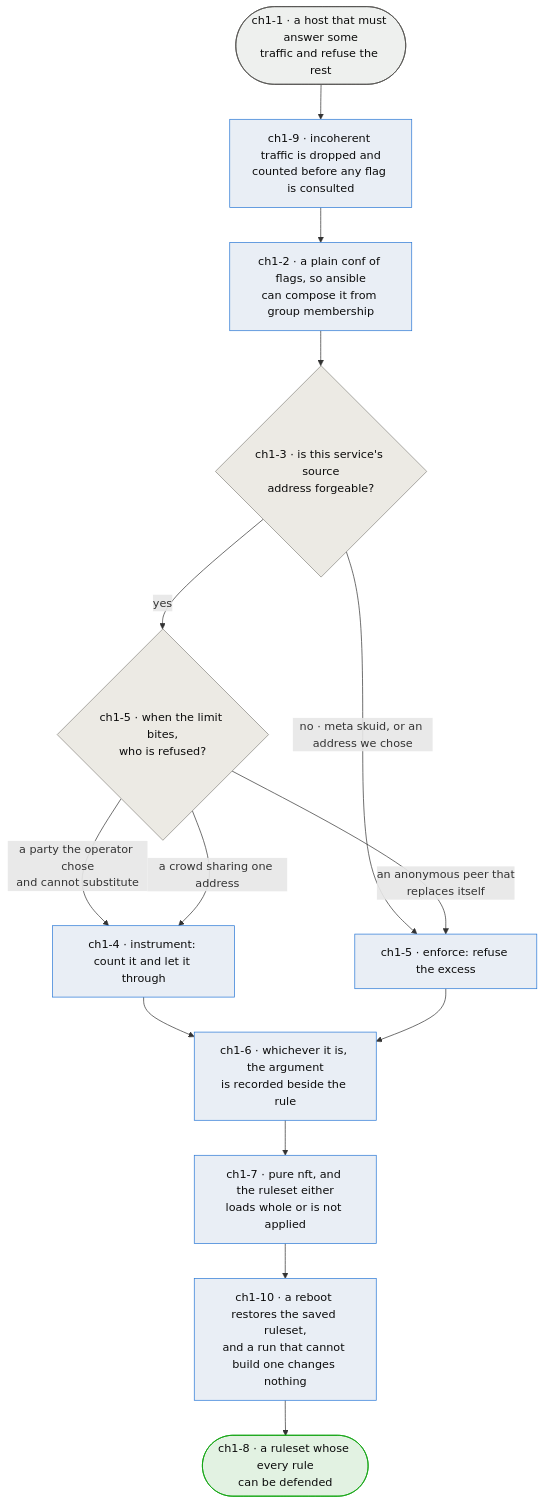
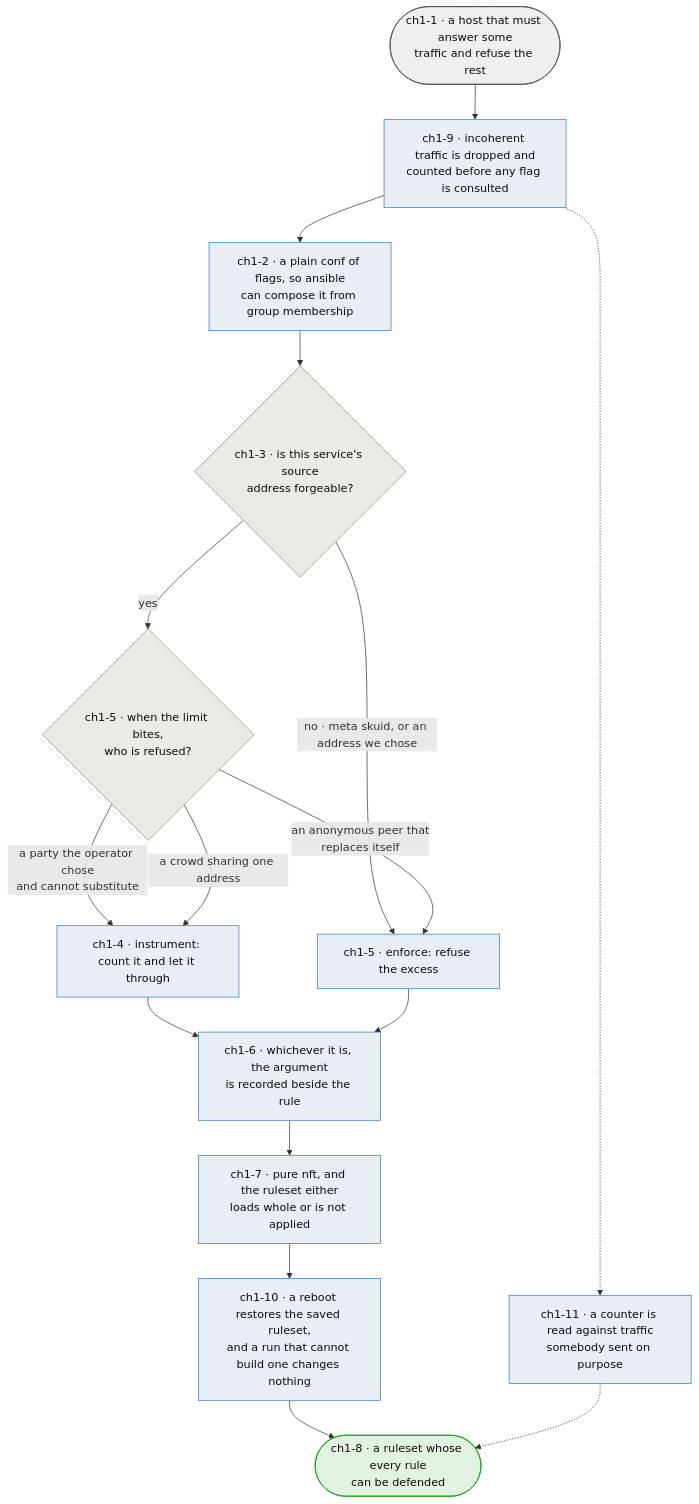
Before and after one commit to flattop5377/afirewall: the diagram in spec/diagrams/chapter-01-rules.md, drawn with Mermaid. The commit also changed other lines of this file and 4 other files, not shown here.

````diff
--- a/spec/diagrams/chapter-01-rules.md
+++ b/spec/diagrams/chapter-01-rules.md
@@ -52,33 +52,36 @@
 ```mermaid
 flowchart TD
     NEED([ch1-1 · a host that must answer some<br/>traffic and refuse the rest]):::input
     SANE[ch1-9 · incoherent traffic is dropped and<br/>counted before any flag is consulted]:::process
     CONF[ch1-2 · a plain conf of flags, so ansible<br/>can compose it from group membership]:::process
     SPOOFQ{ch1-3 · is this service's source<br/>address forgeable?}:::decision
     WHOQ{ch1-5 · when the limit bites,<br/>who is refused?}:::decision
     INSTR[ch1-4 · instrument: count it and let it through]:::process
     ENF[ch1-5 · enforce: refuse the excess]:::process
     WRITE[ch1-6 · whichever it is, the argument<br/>is recorded beside the rule]:::process
     NFT[ch1-7 · pure nft, and the ruleset either<br/>loads whole or is not applied]:::process
     BOOT[ch1-10 · a reboot restores the saved ruleset,<br/>and a run that cannot build one changes nothing]:::process
+    LAB[ch1-11 · a counter is read against traffic<br/>somebody sent on purpose]:::process
     OUT([ch1-8 · a ruleset whose every rule<br/>can be defended]):::output
 
     NEED --> SANE
     SANE --> CONF
     CONF --> SPOOFQ
     SPOOFQ -->|no · meta skuid, or an address we chose| ENF
     SPOOFQ -->|yes| WHOQ
     WHOQ -->|a party the operator chose<br/>and cannot substitute| INSTR
     WHOQ -->|a crowd sharing one address| INSTR
     WHOQ -->|an anonymous peer that<br/>replaces itself| ENF
     INSTR --> WRITE
     ENF --> WRITE
     WRITE --> NFT
     NFT --> BOOT
     BOOT --> OUT
+    SANE -.-> LAB
+    LAB -.-> OUT
 
     classDef input fill:#eef0ee,stroke:#52514e,color:#0b0b0b;
     classDef process fill:#e9eef5,stroke:#2a78d6,color:#0b0b0b;
     classDef decision fill:#eceae4,stroke:#898781,color:#0b0b0b;
     classDef output fill:#e2f2e2,stroke:#0ca30c,color:#0b0b0b;
 ```
````
